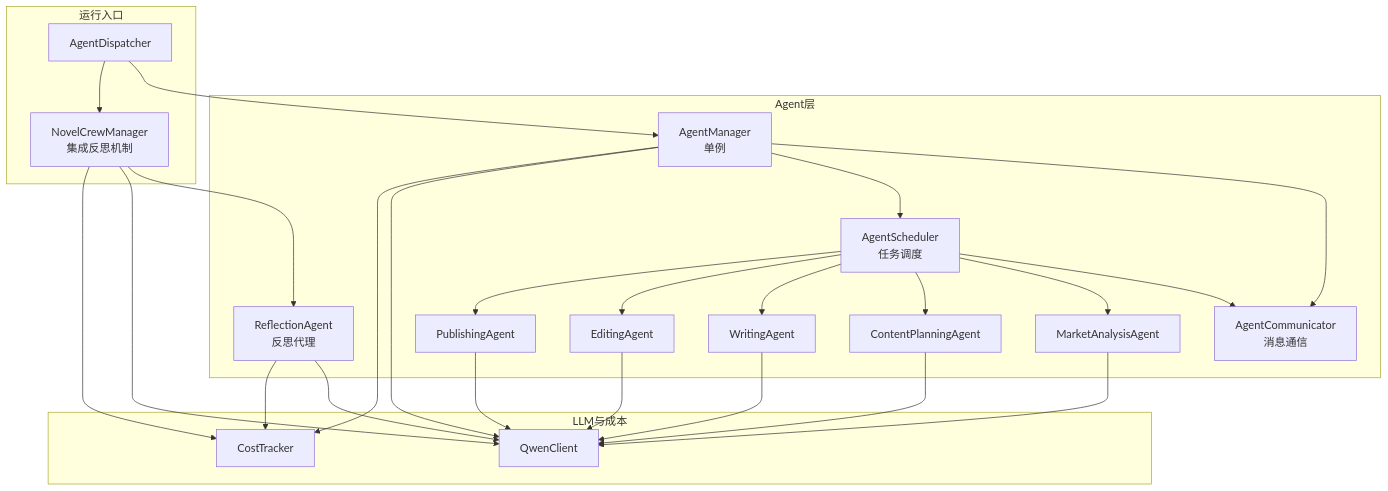
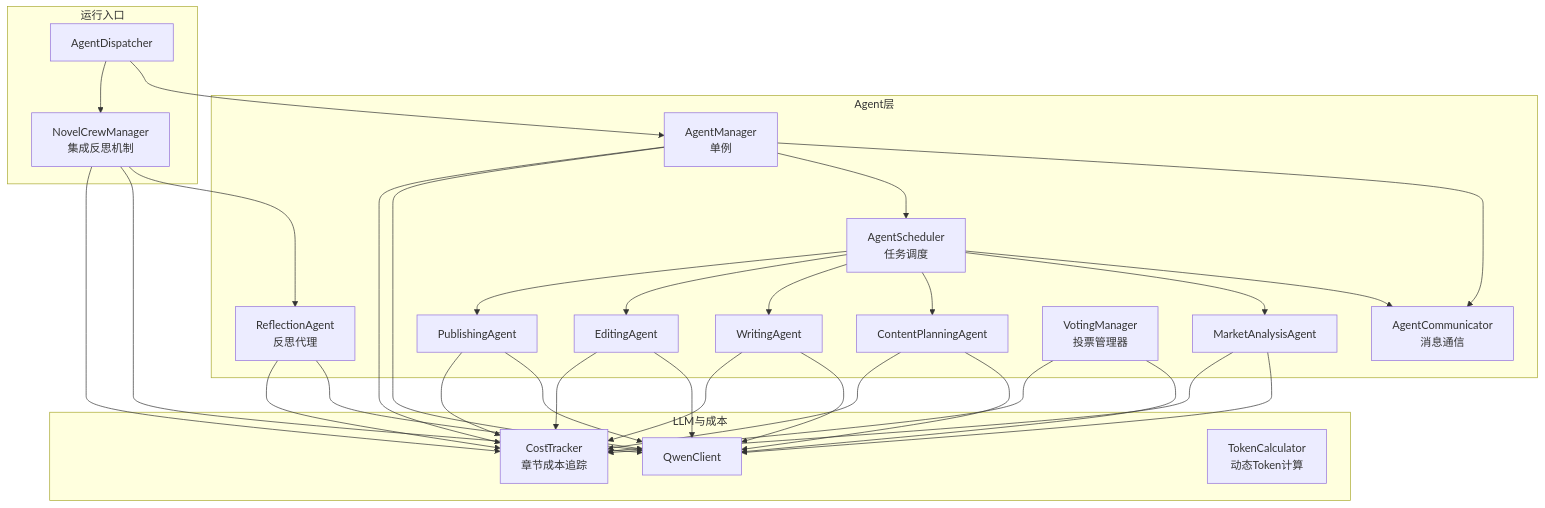
Before and after one commit to xfbyxq/ai-novel-system: the first of 12 diagrams in .qoder/repowiki/zh/content/AI智能体系统/Agent管理器核心.md, drawn with Mermaid. The commit also changed other lines of this file and 1 other file, not shown here.

````diff
--- a/.qoder/repowiki/zh/content/AI智能体系统/Agent管理器核心.md
+++ b/.qoder/repowiki/zh/content/AI智能体系统/Agent管理器核心.md
@@ -59,44 +64,53 @@
 ```mermaid
 graph TB
 subgraph "Agent层"
 AM["AgentManager<br/>单例"]
 AS["AgentScheduler<br/>任务调度"]
 AC["AgentCommunicator<br/>消息通信"]
 MA["MarketAnalysisAgent"]
 CPA["ContentPlanningAgent"]
 WA["WritingAgent"]
 EA["EditingAgent"]
 PA["PublishingAgent"]
 RA["ReflectionAgent<br/>反思代理"]
+VM["VotingManager<br/>投票管理器"]
 end
 subgraph "LLM与成本"
 QC["QwenClient"]
-CT["CostTracker"]
+CT["CostTracker<br/>章节成本追踪"]
+TC["TokenCalculator<br/>动态Token计算"]
 end
 subgraph "运行入口"
 AD["AgentDispatcher"]
 CM["NovelCrewManager<br/>集成反思机制"]
 end
 AM --> AC
 AM --> AS
 AM --> QC
 AM --> CT
 AS --> AC
 AS --> MA
 AS --> CPA
 AS --> WA
 AS --> EA
 AS --> PA
 MA --> QC
+MA --> CT
 CPA --> QC
+CPA --> CT
 WA --> QC
+WA --> CT
 EA --> QC
+EA --> CT
 PA --> QC
+PA --> CT
 RA --> QC
 RA --> CT
+VM --> QC
+VM --> CT
 CM --> RA
 CM --> QC
 CM --> CT
 AD --> AM
 AD --> CM
 ```
````
